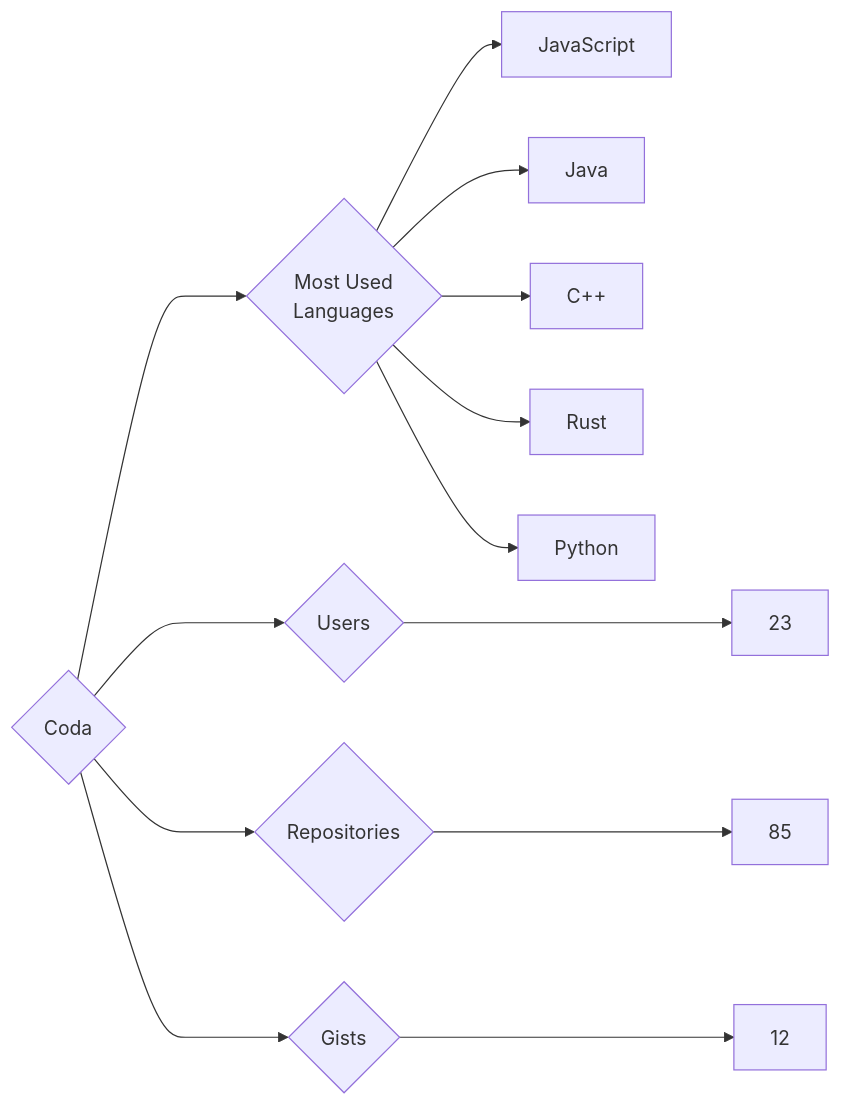
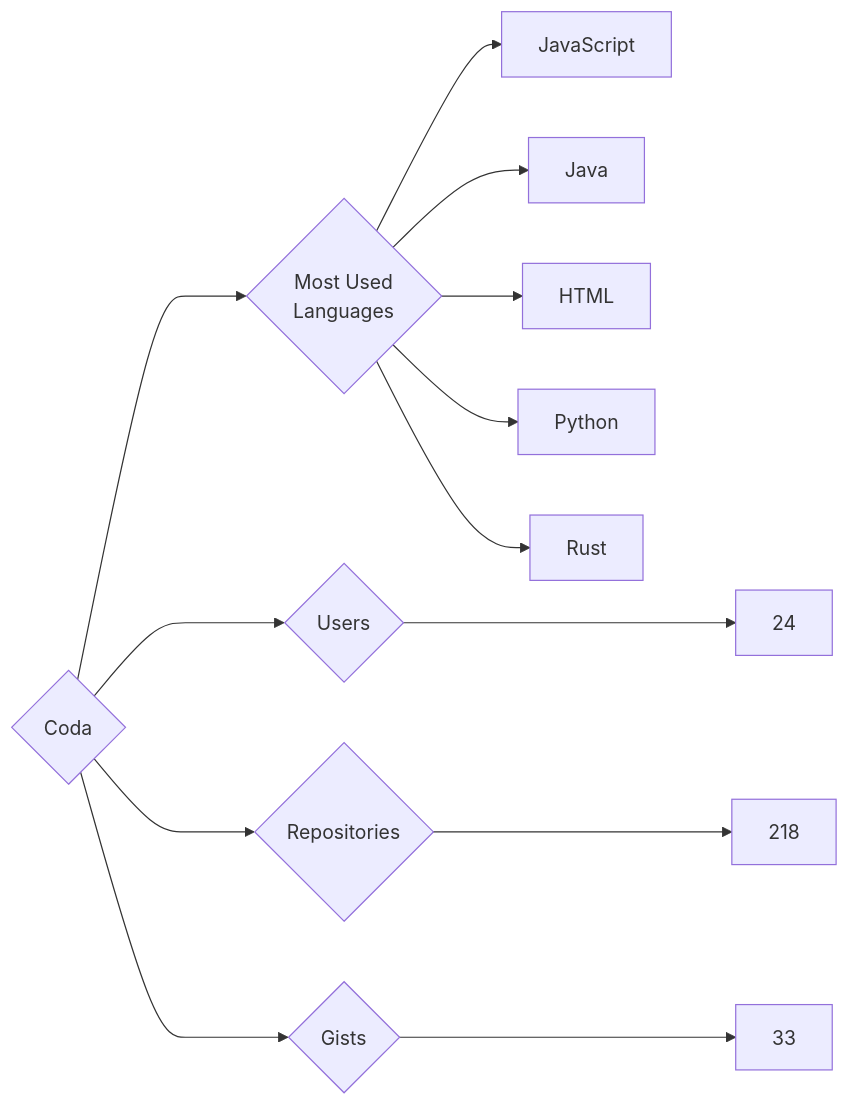
One commit to trickest/insiders changed the diagram in targets/Coda/README.md. Above: the diagram before and after it, drawn with Mermaid. The commit also changed 681 other files, not shown here.

````diff
--- a/targets/Coda/README.md
+++ b/targets/Coda/README.md
@@ -3,13 +3,13 @@
 ```mermaid
 graph LR
 COMPANY_NAME{Coda}
-COMPANY_NAME ---> U{Users} ---> UN[23]
-COMPANY_NAME ---> R{Repositories} ---> RN[85]
-COMPANY_NAME ---> G{Gists} ---> GN[12]
+COMPANY_NAME ---> U{Users} ---> UN[24]
+COMPANY_NAME ---> R{Repositories} ---> RN[218]
+COMPANY_NAME ---> G{Gists} ---> GN[33]
 COMPANY_NAME ---> ML{Most Used<br>Languages}
 ML --> JavaScript[JavaScript]
 ML --> Java[Java]
-ML --> C++[C++]
+ML --> HTML[HTML]
+ML --> Python[Python]
 ML --> Rust[Rust]
-ML --> Python[Python]
 ```
````
